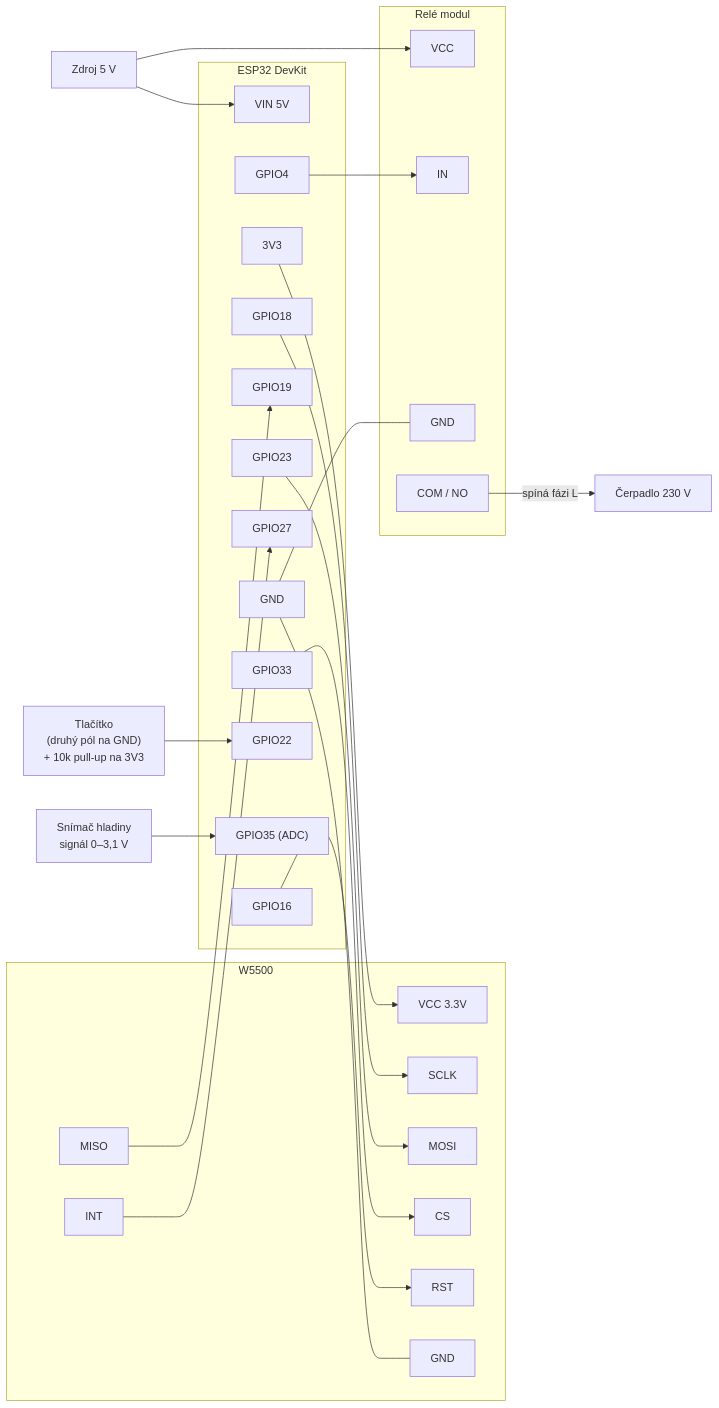
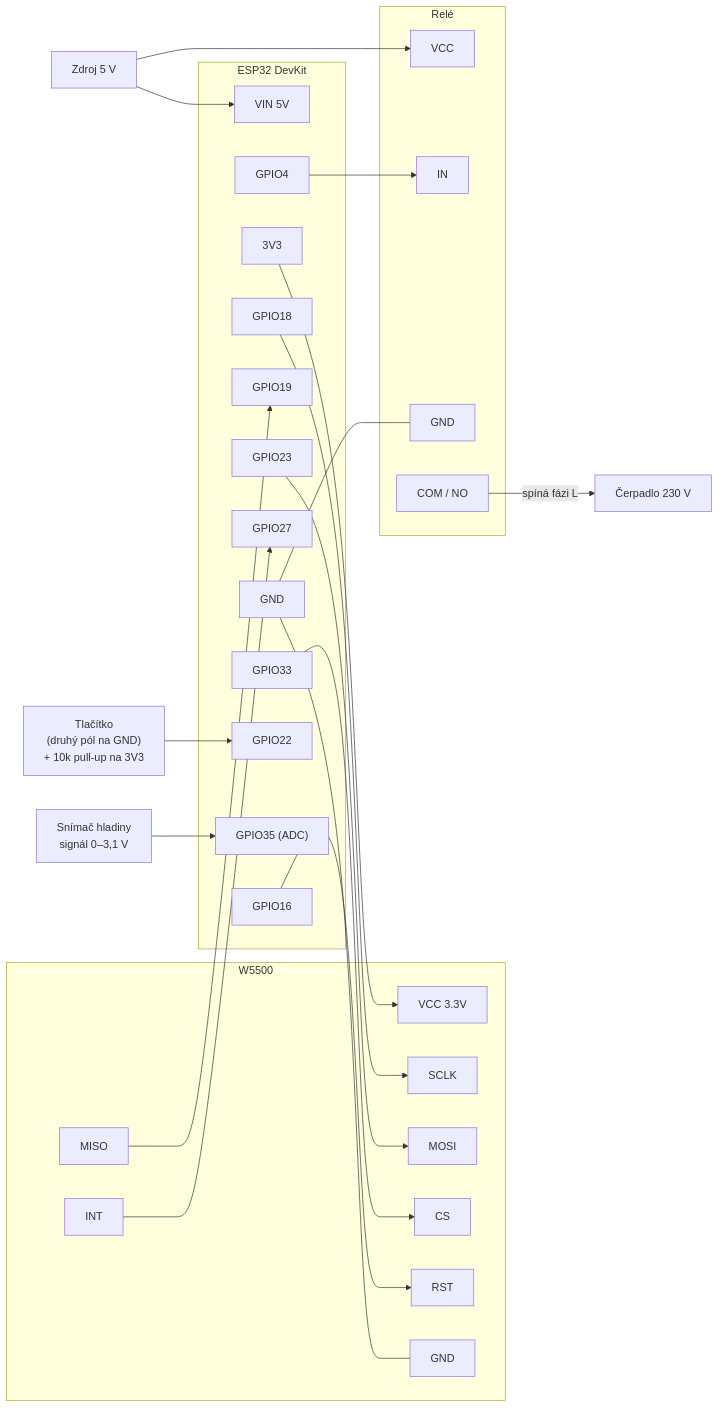
The diagram in README.md (StavJi/water_level_sensor), drawn with Mermaid before and after one commit. The commit also changed other lines of this file, not shown here.

````diff
--- a/README.md
+++ b/README.md
@@ -33,57 +33,57 @@
 ```mermaid
 flowchart LR
     PSU["Zdroj 5 V"]
 
     subgraph ESP["ESP32 DevKit"]
         VIN["VIN 5V"]
         V33["3V3"]
         G18["GPIO18"]
         G23["GPIO23"]
         G19["GPIO19"]
         G33["GPIO33"]
         G27["GPIO27"]
         G16["GPIO16"]
         G4["GPIO4"]
         G22["GPIO22"]
         G35["GPIO35 (ADC)"]
         GND["GND"]
     end
 
     subgraph ETH["W5500"]
         E_VCC["VCC 3.3V"]
         E_SCK["SCLK"]
         E_MOSI["MOSI"]
         E_MISO["MISO"]
         E_CS["CS"]
         E_INT["INT"]
         E_RST["RST"]
         E_GND["GND"]
     end
 
-    subgraph REL["Relé modul"]
+    subgraph REL["Relé"]
         R_VCC["VCC"]
         R_IN["IN"]
         R_GND["GND"]
         R_COM["COM / NO"]
     end
 
     BTN["Tlačítko<br/>(druhý pól na GND)<br/>+ 10k pull-up na 3V3"]
     LVL["Snímač hladiny<br/>signál 0–3,1 V"]
     PUMP["Čerpadlo 230 V"]
 
     PSU --> VIN
     PSU --> R_VCC
     V33 --> E_VCC
     G18 --> E_SCK
     G23 --> E_MOSI
     E_MISO --> G19
     G33 --> E_CS
     E_INT --> G27
     G16 --> E_RST
     G4 --> R_IN
     R_COM -->|"spíná fázi L"| PUMP
     BTN --> G22
     LVL --> G35
     GND --- E_GND
     GND --- R_GND
 ```
````
